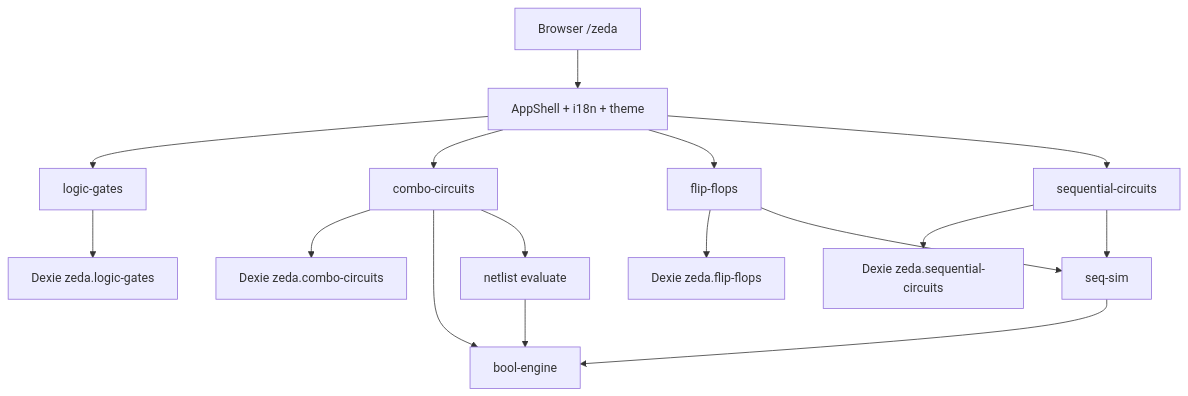
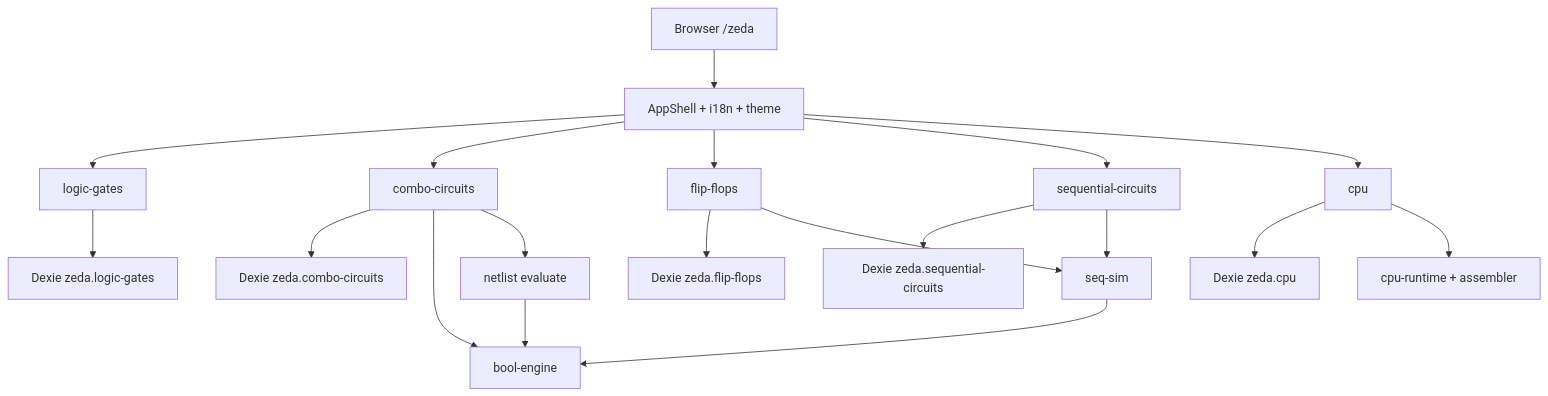
The diagram in docs/architecture.md (myopz/zeda), drawn with Mermaid before and after one commit. The commit also changed other lines of this file and 74 other files, not shown here.

````diff
--- a/docs/architecture.md
+++ b/docs/architecture.md
@@ -11,18 +11,21 @@
 ```mermaid
 flowchart TB
   Browser["Browser /zeda"] --> Shell["AppShell + i18n + theme"]
   Shell --> Lgc["logic-gates"]
   Shell --> Clc["combo-circuits"]
   Shell --> Ff["flip-flops"]
   Shell --> Seq["sequential-circuits"]
+  Shell --> Cpu["cpu"]
   Lgc --> IDB1["Dexie zeda.logic-gates"]
   Clc --> IDB2["Dexie zeda.combo-circuits"]
   Ff --> IDB3["Dexie zeda.flip-flops"]
   Seq --> IDB4["Dexie zeda.sequential-circuits"]
+  Cpu --> IDB5["Dexie zeda.cpu"]
   Clc --> Bool["bool-engine"]
   Ff --> SeqSim["seq-sim"]
   Seq --> SeqSim
   SeqSim --> Bool
   Clc --> Netlist["netlist evaluate"]
   Netlist --> Bool
+  Cpu --> CpuRt["cpu-runtime + assembler"]
 ```
````
